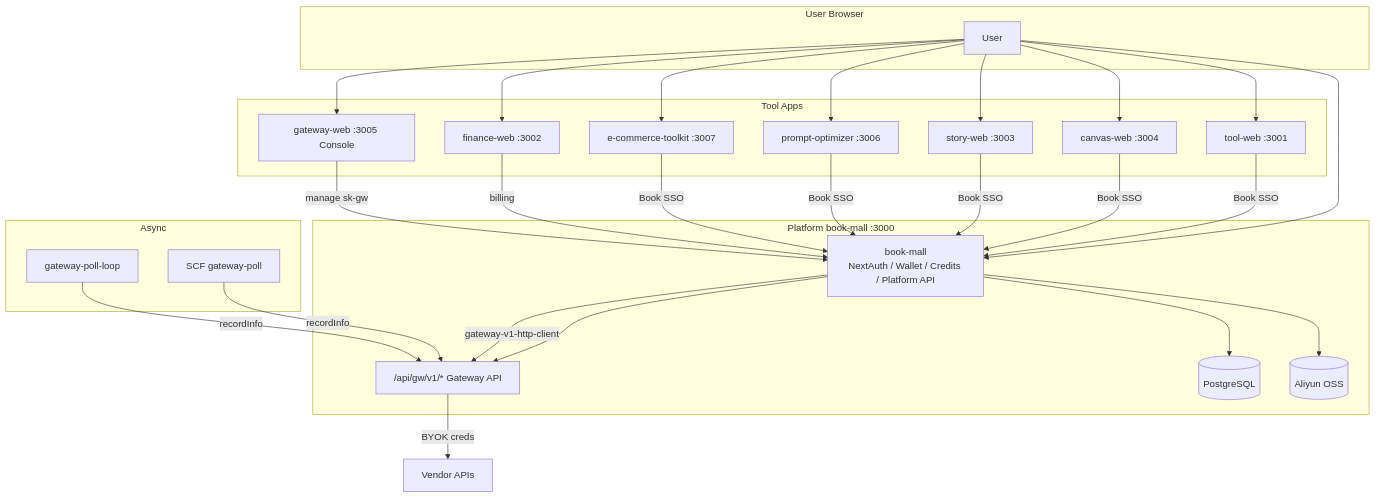
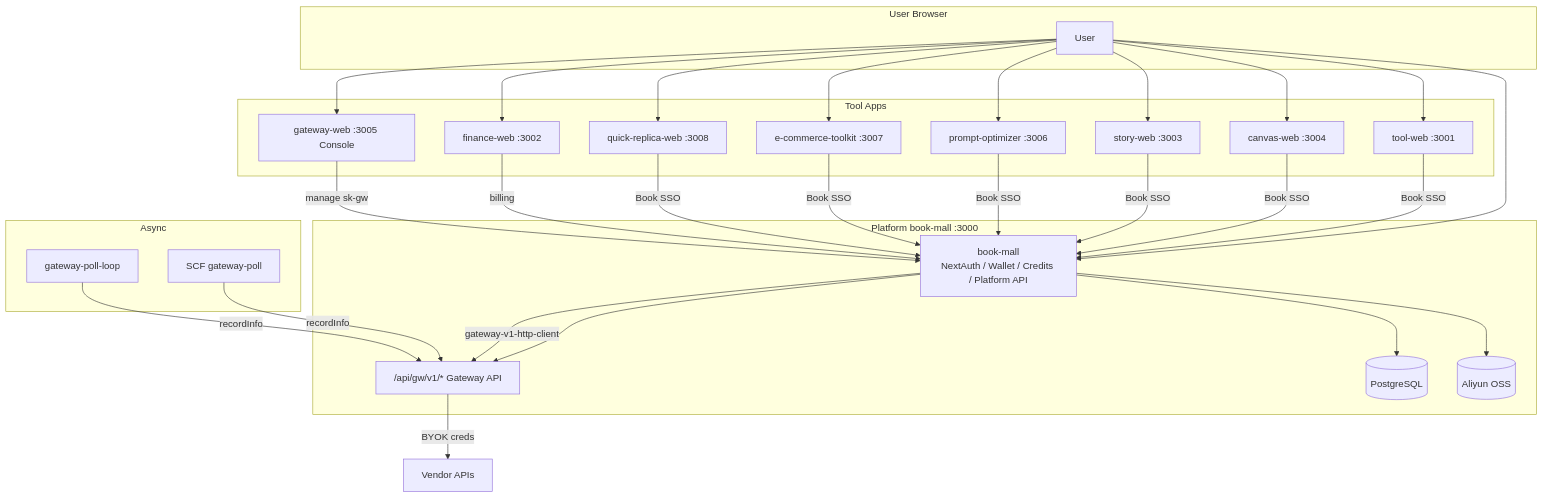
The first of 2 diagrams in docs/全站架构图与配置表.md (priceLiu/book-mall), drawn with Mermaid before and after one commit. The commit also changed other lines of this file and 160 other files, not shown here.

````diff
--- a/docs/全站架构图与配置表.md
+++ b/docs/全站架构图与配置表.md
@@ -32,42 +32,43 @@
 ```mermaid
 flowchart TB
   subgraph users ["User Browser"]
     U[User]
   end
 
   subgraph platform ["Platform book-mall :3000"]
     BM["book-mall<br/>NextAuth / Wallet / Credits / Platform API"]
     GWAPI["/api/gw/v1/* Gateway API"]
     DB[(PostgreSQL)]
     OSS[(Aliyun OSS)]
     BM --> GWAPI
     BM --> DB
     BM --> OSS
   end
 
   subgraph tools ["Tool Apps"]
     TW[tool-web :3001]
     FW[finance-web :3002]
     SW[story-web :3003]
     CW[canvas-web :3004]
     GWC[gateway-web :3005 Console]
     PO[prompt-optimizer :3006]
     EC[e-commerce-toolkit :3007]
+    QR[quick-replica-web :3008]
   end
 
   subgraph bg ["Async"]
     SCF[SCF gateway-poll]
     POLL[gateway-poll-loop]
   end
 
   VEND[Vendor APIs]
 
   U --> BM
-  U --> TW & FW & SW & CW & GWC & PO & EC
-  TW & CW & SW & PO & EC -->|Book SSO| BM
+  U --> TW & FW & SW & CW & GWC & PO & EC & QR
+  TW & CW & SW & PO & EC & QR -->|Book SSO| BM
   BM -->|gateway-v1-http-client| GWAPI
   GWAPI -->|BYOK creds| VEND
   FW -->|billing| BM
   GWC -->|manage sk-gw| BM
   SCF & POLL -->|recordInfo| GWAPI
 ```
````
